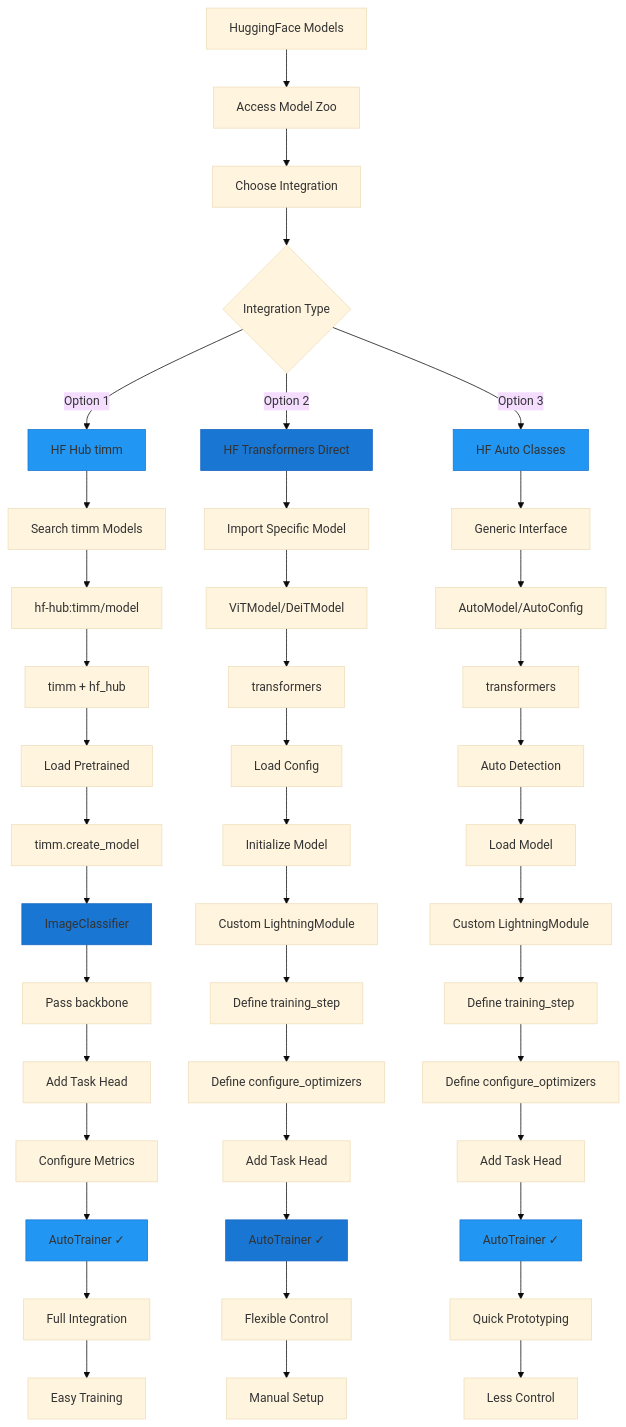
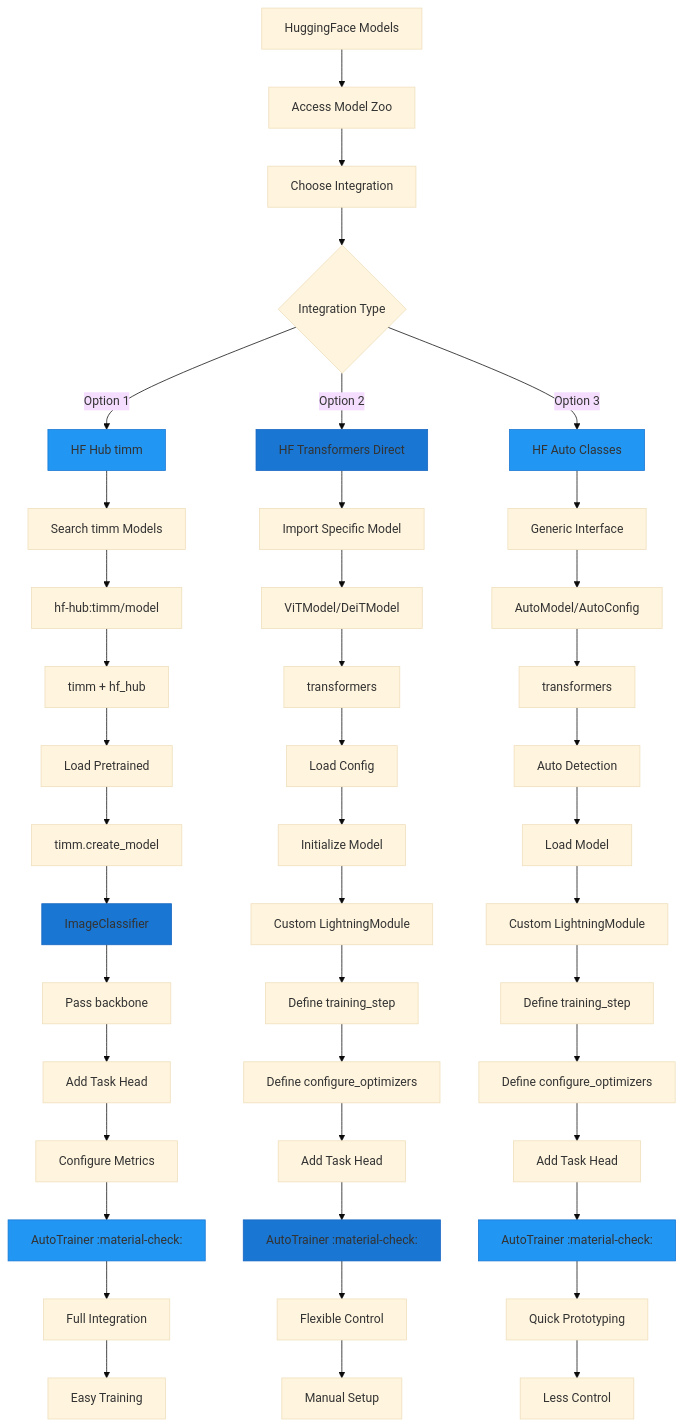
Before and after one commit to theja-vanka/AutoTimm: the diagram in docs/user-guide/integration/huggingface-integration-comparison.md, drawn with Mermaid (base theme). The commit also changed other lines of this file and 20 other files, not shown here.

````diff
--- a/docs/user-guide/integration/huggingface-integration-comparison.md
+++ b/docs/user-guide/integration/huggingface-integration-comparison.md
@@ -7,59 +7,59 @@
 ```mermaid
 graph TD
     A[HuggingFace Models] --> A1[Access Model Zoo]
     A1 --> A2[Choose Integration]
     A2 --> B{Integration Type}
     
     B -->|Option 1| C[HF Hub timm]
     C --> C1[Search timm Models]
     C1 --> C2[hf-hub:timm/model]
     C2 --> F1[timm + hf_hub]
     F1 --> F1a[Load Pretrained]
     F1a --> F1b[timm.create_model]
     F1b --> G1[ImageClassifier]
     
     G1 --> G1a[Pass backbone]
     G1a --> G1b[Add Task Head]
     G1b --> G1c[Configure Metrics]
-    G1c --> H1[AutoTrainer ✓]
+    G1c --> H1[AutoTrainer :material-check:]
     H1 --> H1a[Full Integration]
     H1a --> H1b[Easy Training]
     
     B -->|Option 2| D[HF Transformers Direct]
     D --> D1[Import Specific Model]
     D1 --> D2[ViTModel/DeiTModel]
     D2 --> F2[transformers]
     F2 --> F2a[Load Config]
     F2a --> F2b[Initialize Model]
     F2b --> G2[Custom LightningModule]
     
     G2 --> G2a[Define training_step]
     G2a --> G2b[Define configure_optimizers]
     G2b --> G2c[Add Task Head]
-    G2c --> H2[AutoTrainer ✓]
+    G2c --> H2[AutoTrainer :material-check:]
     H2 --> H2a[Flexible Control]
     H2a --> H2b[Manual Setup]
     
     B -->|Option 3| E[HF Auto Classes]
     E --> E1[Generic Interface]
     E1 --> E2[AutoModel/AutoConfig]
     E2 --> F3[transformers]
     F3 --> F3a[Auto Detection]
     F3a --> F3b[Load Model]
     F3b --> G3[Custom LightningModule]
     
     G3 --> G3a[Define training_step]
     G3a --> G3b[Define configure_optimizers]
     G3b --> G3c[Add Task Head]
-    G3c --> H3[AutoTrainer ✓]
+    G3c --> H3[AutoTrainer :material-check:]
     H3 --> H3a[Quick Prototyping]
     H3a --> H3b[Less Control]
     
     style C fill:#2196F3,stroke:#1976D2
     style D fill:#1976D2,stroke:#1565C0
     style E fill:#2196F3,stroke:#1976D2
     style G1 fill:#1976D2,stroke:#1565C0
     style H1 fill:#2196F3,stroke:#1976D2
     style H2 fill:#1976D2,stroke:#1565C0
     style H3 fill:#2196F3,stroke:#1976D2
 ```
````
